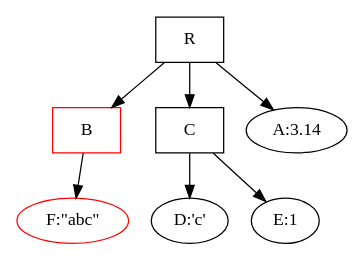
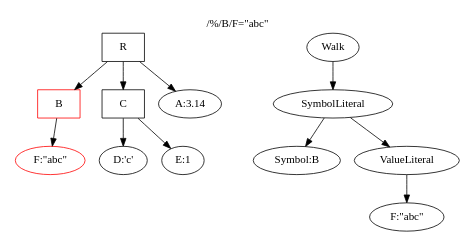
The diagram in doxy/dot/ex1.dot (zippy/ceptr), drawn with Graphviz before and after one commit. The commit also changed other lines of this file and 3 other files, not shown here.

Commit message:
updated doxygen semtrex files and dot graphs

```diff
--- a/doxy/dot/ex1.dot
+++ b/doxy/dot/ex1.dot
@@ -1,14 +1,21 @@
+
 digraph G {
- size="3,3";
+ label="/%/B/F=\"abc\"";
+ labelloc=top;
+
+ size="4,3";
  R [shape=box];
  B [shape=box];
  C [shape=box];
  B [color=red];
  R -> "A:3.14";
-"F:\"abc\"" [color=red];
+ "F:\"abc\"" [color=red];
  R -> B;
  R -> C;
  C -> "D:'c'";
  C -> "E:1";
  B -> "F:\"abc\"";
- }
+
+ Walk->SymbolLiteral->"Symbol:B"
+ SymbolLiteral->ValueLiteral->" F:\"abc\""
+}
```
